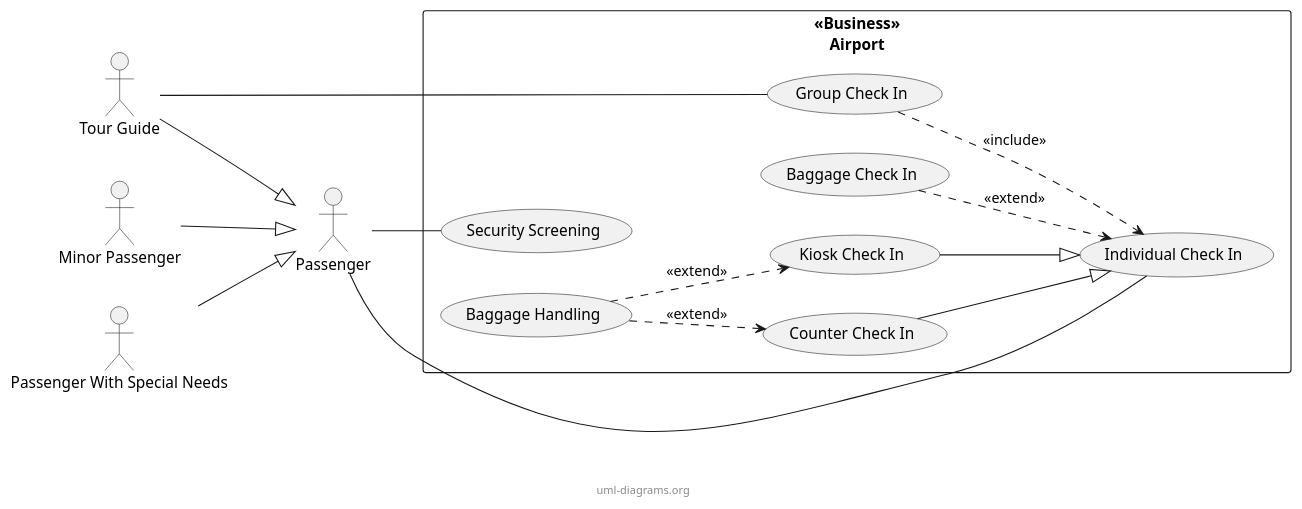
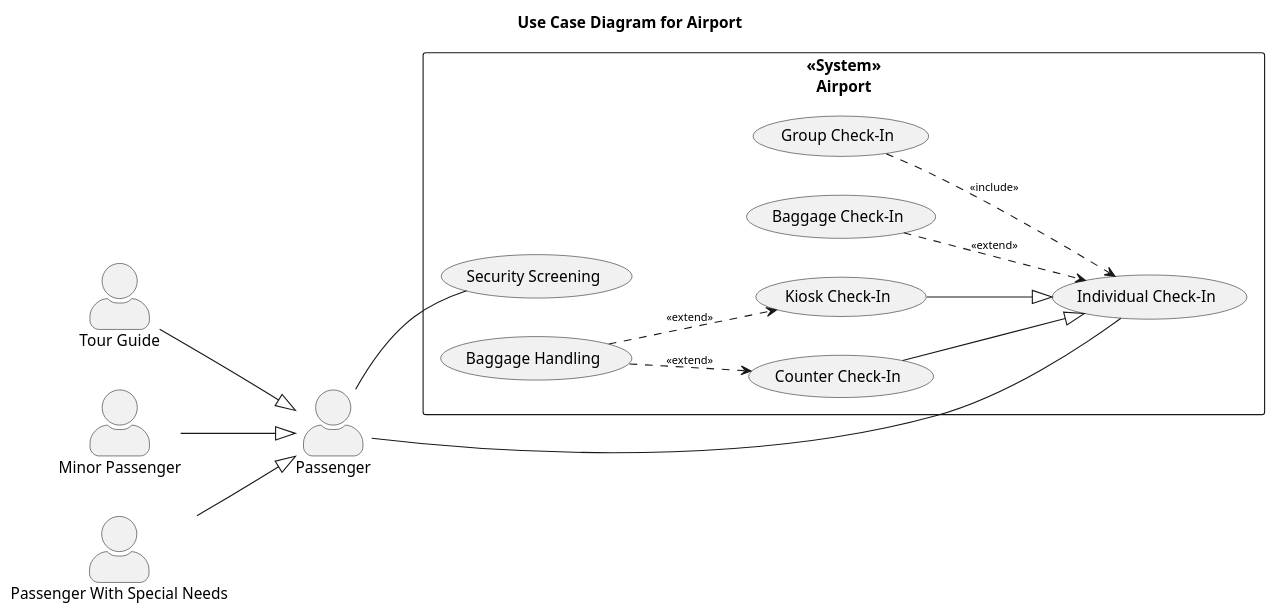
Before and after one commit to tomaspcosta/tp-third-practical-work: the diagram in diagram.puml, drawn with PlantUML. The commit also changed 1 other file, not shown here.

Commit message:
refactor: restructure and enhance use case diagram builder with improved menus and dynamic input handling

```diff
--- a/diagram.puml
+++ b/diagram.puml
@@ -1,30 +1,41 @@
 @startuml
+title Use Case Diagram for Airport
+
+'Generated by Use Case Diagram Builder
 left to right direction
 skinparam packageStyle rectangle
+skinparam actorStyle awesome
+skinparam usecaseArrowFontSize 10
+
+actor "Tour Guide" as tour_guide
 actor "Passenger" as passenger
 actor "Minor Passenger" as minor_passenger
 actor "Passenger With Special Needs" as passenger_with_special_needs
-actor "Tour Guide" as tour_guide
-rectangle "<<Business>>\nAirport" {
-  usecase "Individual Check In" as individual_check_in
-  usecase "Counter Check In" as counter_check_in
-  usecase "Kiosk Check In" as kiosk_check_in
-  usecase "Group Check In" as group_check_in
-  usecase "Baggage Check In" as baggage_check_in
+
+rectangle "<<System>>\nAirport" as airport_boundary {
+  usecase "Group Check-In" as group_check_in
+  usecase "Individual Check-In" as individual_check_in
+  usecase "Baggage Check-In" as baggage_check_in
   usecase "Security Screening" as security_screening
+  usecase "Counter Check-In" as counter_check_in
+  usecase "Kiosk Check-In" as kiosk_check_in
   usecase "Baggage Handling" as baggage_handling
 }
-minor_passenger --|> passenger
-passenger_with_special_needs --|> passenger
-tour_guide --|> passenger
-counter_check_in --|> individual_check_in
-kiosk_check_in --|> individual_check_in
+
+passenger -- individual_check_in
+passenger -- security_screening
+
 group_check_in ..> individual_check_in : <<include>>
+
 baggage_check_in ..> individual_check_in : <<extend>>
 baggage_handling ..> counter_check_in : <<extend>>
 baggage_handling ..> kiosk_check_in : <<extend>>
-tour_guide -- group_check_in
-passenger -- individual_check_in
-passenger -- security_screening
-center footer uml-diagrams.org
+
+counter_check_in --|> individual_check_in
+kiosk_check_in --|> individual_check_in
+
+tour_guide --|> passenger
+minor_passenger --|> passenger
+passenger_with_special_needs --|> passenger
+
 @enduml
```
